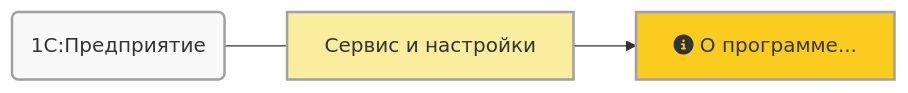
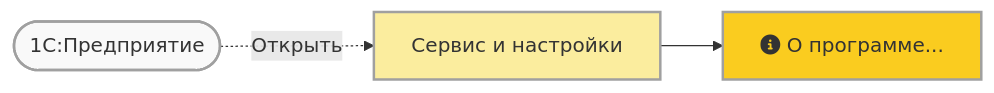
The second of 2 diagrams in faq/crash/main-white-window.md (lugovoe/manual), drawn with Mermaid before and after one commit. The commit also changed other lines of this file, not shown here.

````diff
--- a/faq/crash/main-white-window.md
+++ b/faq/crash/main-white-window.md
@@ -14,8 +28,8 @@
 ``` mermaid
 graph LR
-  b1(1С:Предприятие):::button --- m1[Сервис и настройки]:::mainmenu
+  b1([1С:Предприятие]):::button -. Открыть .-> m1[Сервис и настройки]:::mainmenu
   m1[Сервис и настройки] --> m2[fa:fa-info-circle О программе...];
   classDef default fill:#facc1f,stroke:#a0a0a0,stroke-width:2px;
   classDef button fill:#f9f9f9;
   classDef mainmenu fill:#fbed9e;
 ```
````
